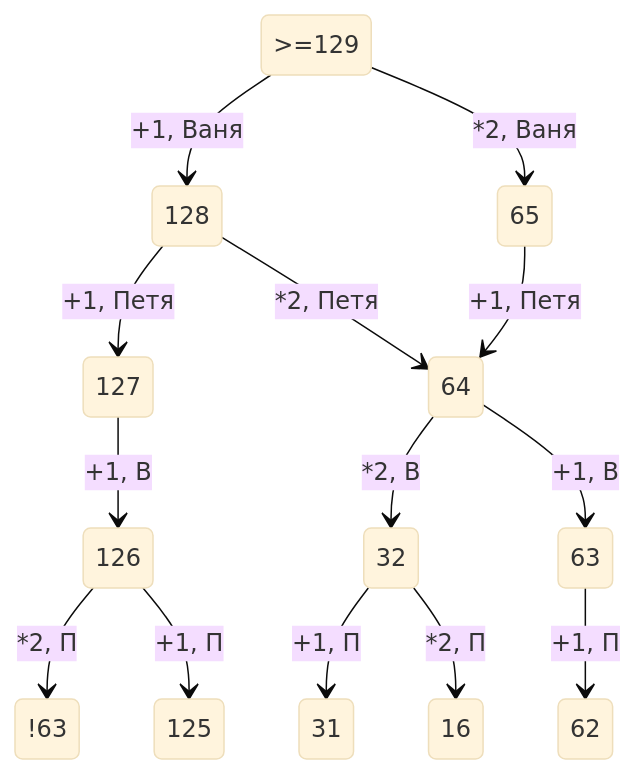
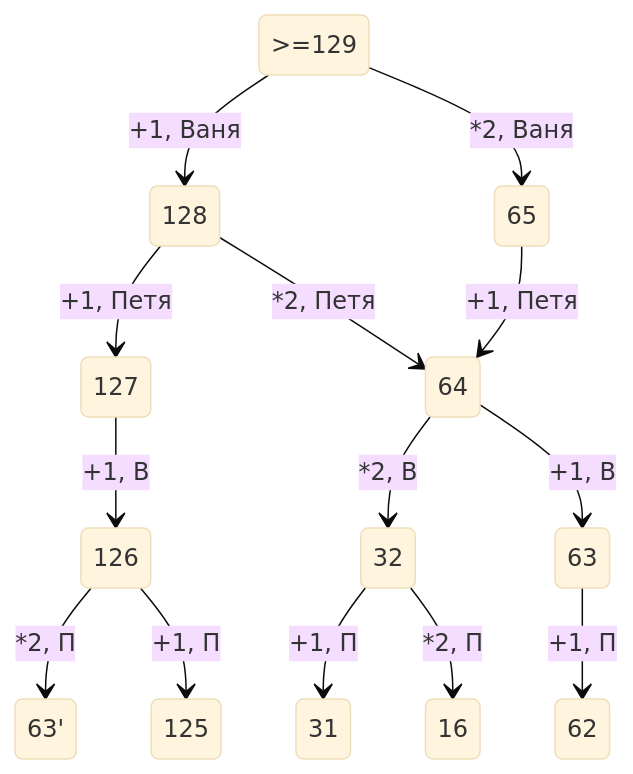
The diagram in README.md (Shhamann/11), drawn with Mermaid (base theme) before and after one commit.

````diff
--- a/README.md
+++ b/README.md
@@ -93,18 +93,18 @@
 ```mermaid
 stateDiagram-v2
 
     >=129 --> 128:+1, Ваня
     >=129 --> 65:*2, Ваня
     128 --> 127:+1, Петя
     128 --> 64:*2, Петя
     65 --> 64:+1, Петя
     127 --> 126:+1, В
     64 --> 32:*2, В
     64 --> 63:+1, В
     32 --> 31:+1, П
     32 --> 16:*2, П
     63 --> 62:+1, П
-    126 --> !63:*2, П
+    126 --> 63':*2, П
     126 --> 125:+1, П
 
 ```
````
